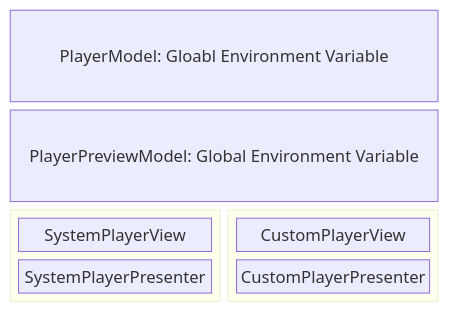
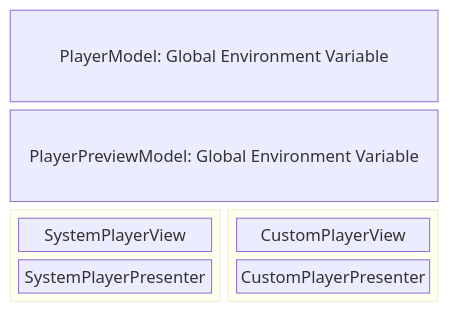
The diagram in README.md (wyndot/MPlayerKit), drawn with Mermaid before and after one commit. The commit also changed other lines of this file, not shown here.

````diff
--- a/README.md
+++ b/README.md
@@ -4,14 +9,14 @@
 ```mermaid
 block-beta 
     columns 2 
-    a["PlayerModel: Gloabl Environment Variable"]:2
+    a["PlayerModel: Global Environment Variable"]:2
     b["PlayerPreviewModel: Global Environment Variable"]:2
     block:group1:1
         columns 1
         c["SystemPlayerView"] d["SystemPlayerPresenter"]
     end
     block:group2:1
         columns 1
         e["CustomPlayerView"] f["CustomPlayerPresenter"]
     end
 ```
````
